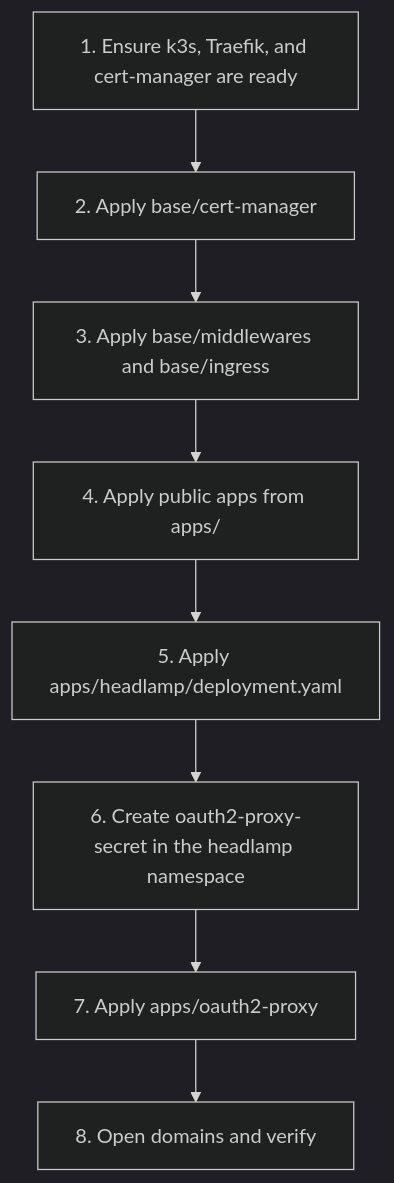
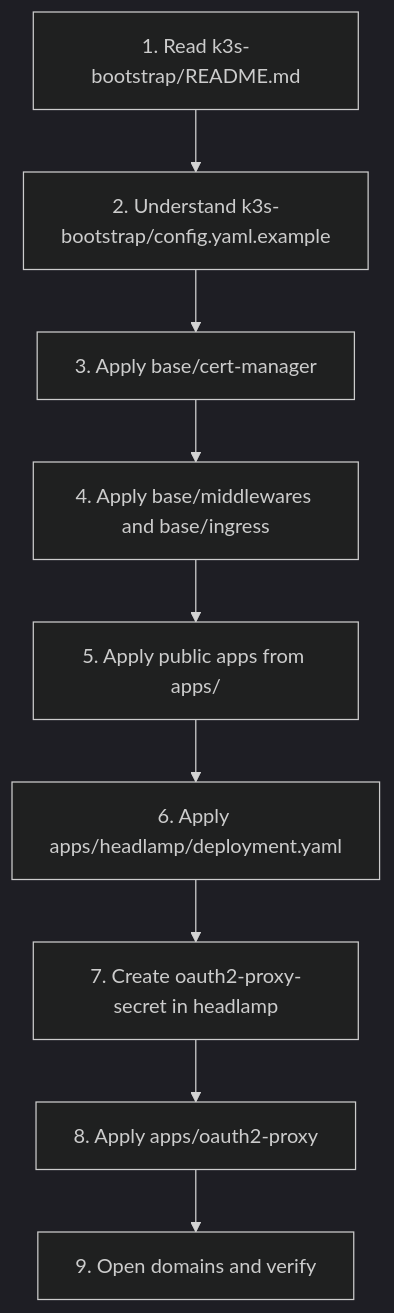
The second of 7 diagrams in README.md (bookseal/bit-habit-infra), drawn with Mermaid (dark theme) before and after one commit. The commit also changed other lines of this file and 4 other files, not shown here.

````diff
--- a/README.md
+++ b/README.md
@@ -17,13 +38,14 @@
 ```mermaid
 flowchart TD
-    A[1. Ensure k3s, Traefik, and cert-manager are ready]
-    B[2. Apply base/cert-manager]
-    C[3. Apply base/middlewares and base/ingress]
-    D[4. Apply public apps from apps/]
-    E[5. Apply apps/headlamp/deployment.yaml]
-    F[6. Create oauth2-proxy-secret in the headlamp namespace]
-    G[7. Apply apps/oauth2-proxy]
-    H[8. Open domains and verify]
+    A[1. Read k3s-bootstrap/README.md]
+    B[2. Understand k3s-bootstrap/config.yaml.example]
+    C[3. Apply base/cert-manager]
+    D[4. Apply base/middlewares and base/ingress]
+    E[5. Apply public apps from apps/]
+    F[6. Apply apps/headlamp/deployment.yaml]
+    G[7. Create oauth2-proxy-secret in headlamp]
+    H[8. Apply apps/oauth2-proxy]
+    I[9. Open domains and verify]
 
-    A --> B --> C --> D --> E --> F --> G --> H
+    A --> B --> C --> D --> E --> F --> G --> H --> I
 ```
````
